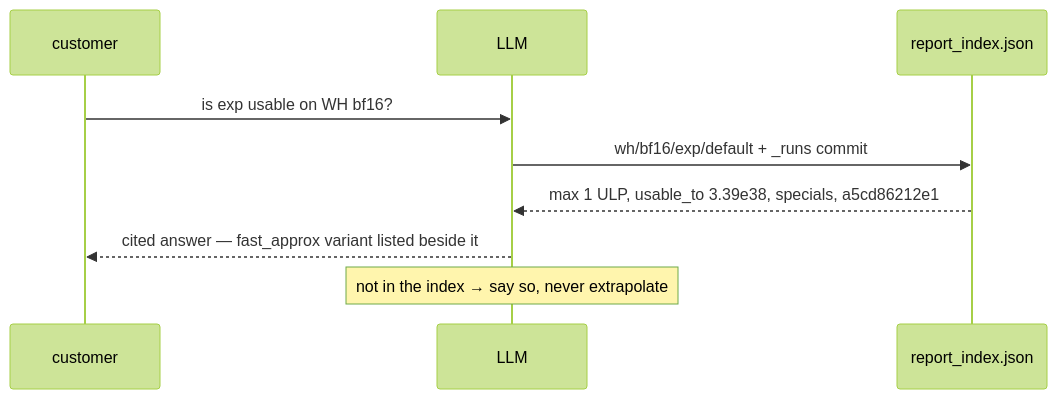
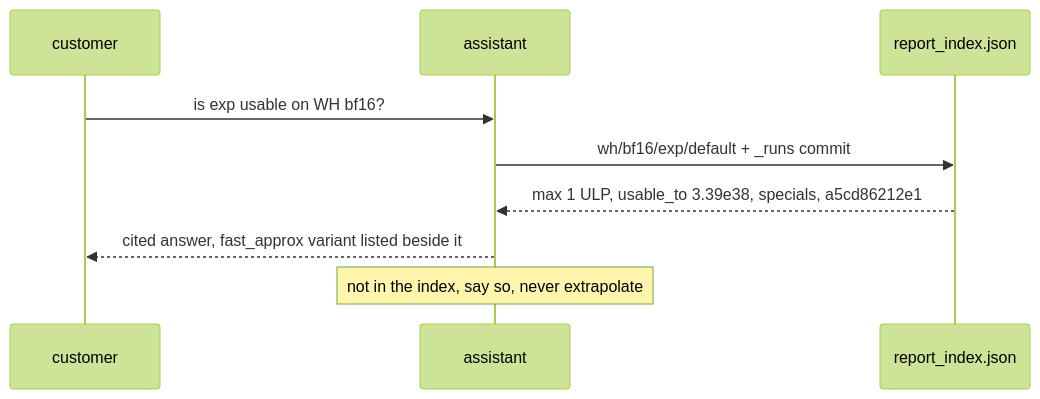
One commit to tenstorrent/tt-eltwise-accuracy-report changed the first of 3 diagrams in analyze-report/README.md. Above: the diagram before and after it, drawn with Mermaid (forest theme). The commit also changed other lines of this file and 8 other files, not shown here.

````diff
--- a/analyze-report/README.md
+++ b/analyze-report/README.md
@@ -33,12 +42,12 @@
 ```mermaid
 sequenceDiagram
     participant C as customer
-    participant L as LLM
+    participant L as assistant
     participant I as report_index.json
 
     C->>L: is exp usable on WH bf16?
     L->>I: wh/bf16/exp/default + _runs commit
     I-->>L: max 1 ULP, usable_to 3.39e38, specials, a5cd86212e1
-    L-->>C: cited answer — fast_approx variant listed beside it
-    Note over L: not in the index → say so, never extrapolate
+    L-->>C: cited answer, fast_approx variant listed beside it
+    Note over L: not in the index, say so, never extrapolate
 ```
````
